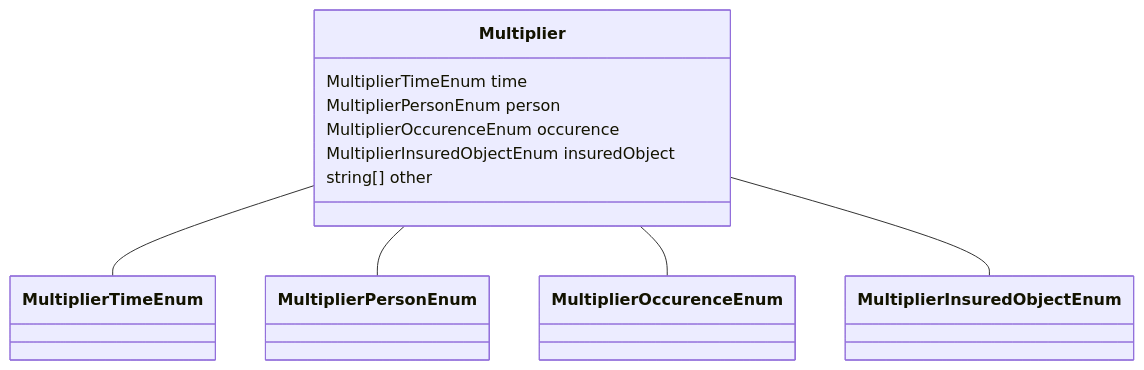
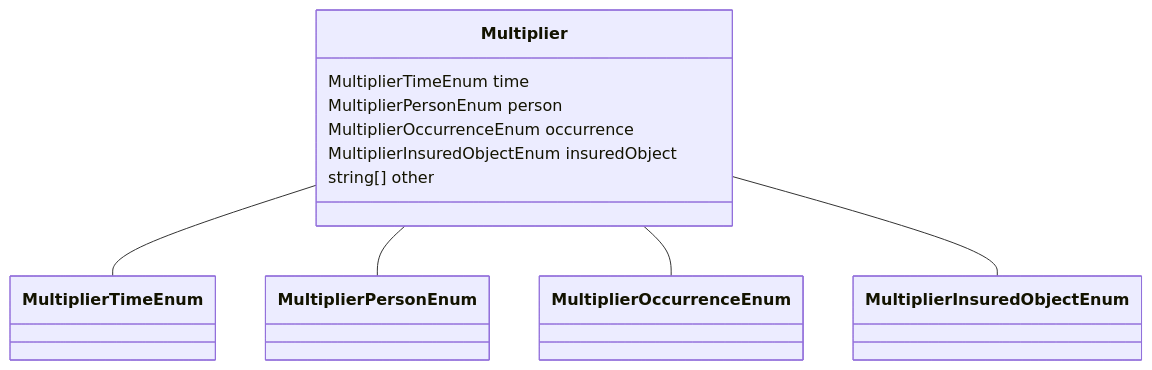
The diagram in datamodel-build/mermaid/Multiplier.mmd (codexstanford/Insurance-Payout-Ontology), drawn with Mermaid before and after one commit. The commit also changed 82 other files, not shown here.

```diff
--- a/datamodel-build/mermaid/Multiplier.mmd
+++ b/datamodel-build/mermaid/Multiplier.mmd
@@ -1,16 +1,16 @@
 classDiagram
   Multiplier -- MultiplierTimeEnum
 Multiplier -- MultiplierPersonEnum
-Multiplier -- MultiplierOccurenceEnum
+Multiplier -- MultiplierOccurrenceEnum
 Multiplier -- MultiplierInsuredObjectEnum
 
 
 class Multiplier {
 
   MultiplierTimeEnum time
   MultiplierPersonEnum person
-  MultiplierOccurenceEnum occurence
+  MultiplierOccurrenceEnum occurrence
   MultiplierInsuredObjectEnum insuredObject
   string[] other
 
 }
```
